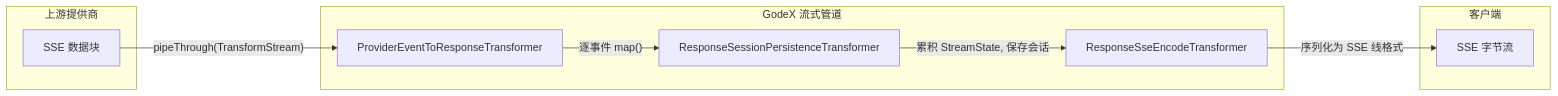
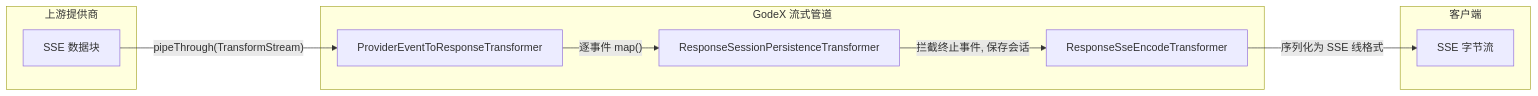
The diagram in wiki/zh/02-architecture/stream-pipeline.md (zamelee/GodeX), drawn with Mermaid before and after one commit. The commit also changed other lines of this file and 36 other files, not shown here.

````diff
--- a/wiki/zh/02-architecture/stream-pipeline.md
+++ b/wiki/zh/02-architecture/stream-pipeline.md
@@ -13,21 +13,21 @@
 ```mermaid
 flowchart LR
   subgraph upstream["上游提供商"]
     SSE["SSE 数据块"]
   end
 
   subgraph godex["GodeX 流式管道"]
     T1["ProviderEventToResponseTransformer"]
     T2["ResponseSessionPersistenceTransformer"]
     T3["ResponseSseEncodeTransformer"]
   end
 
   subgraph client["客户端"]
     BYTES["SSE 字节流"]
   end
 
   SSE -->|"pipeThrough(TransformStream)"| T1
   T1 -->|"逐事件 map()"| T2
-  T2 -->|"累积 StreamState, 保存会话"| T3
+  T2 -->|"拦截终止事件, 保存会话"| T3
   T3 -->|"序列化为 SSE 线格式"| BYTES
 ```
````
